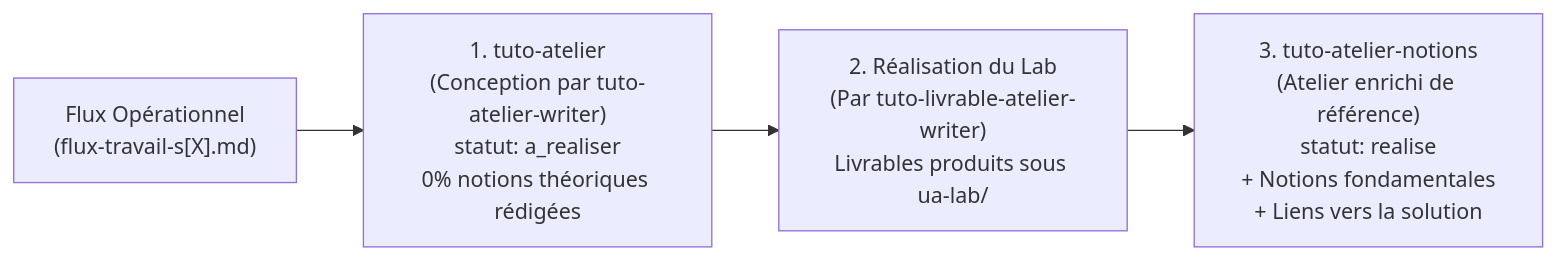
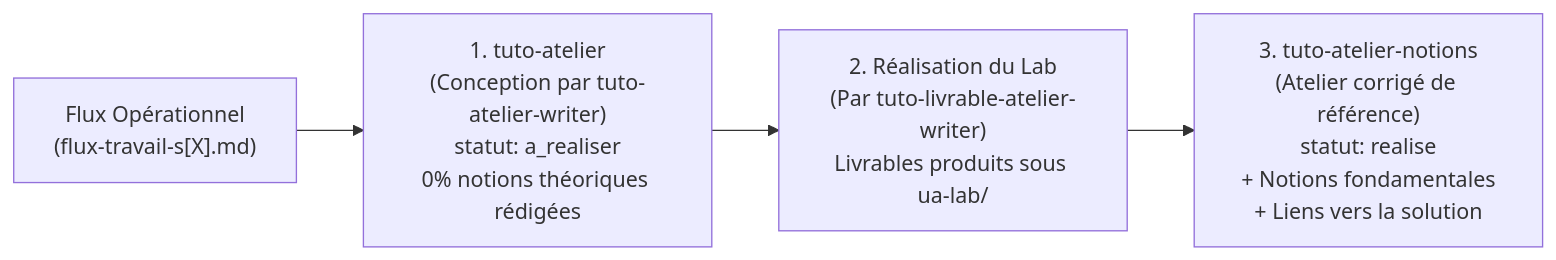
The second of 2 diagrams in .agents/references/maturation-et-typologie-ua-tuto.md (solicode-web-mobile/autoformations-professionaliser), drawn with Mermaid before and after one commit. The commit also changed other lines of this file and 8 other files, not shown here.

````diff
--- a/.agents/references/maturation-et-typologie-ua-tuto.md
+++ b/.agents/references/maturation-et-typologie-ua-tuto.md
@@ -46,6 +46,6 @@
 ```mermaid
 flowchart LR
     A["Flux Opérationnel<br/>(flux-travail-s[X].md)"] --> B["1. tuto-atelier<br/>(Conception par tuto-atelier-writer)<br/>statut: a_realiser<br/>0% notions théoriques rédigées"]
     B --> C["2. Réalisation du Lab<br/>(Par tuto-livrable-atelier-writer)<br/>Livrables produits sous ua-lab/"]
-    C --> D["3. tuto-atelier-notions<br/>(Atelier enrichi de référence)<br/>statut: realise<br/>+ Notions fondamentales<br/>+ Liens vers la solution"]
+    C --> D["3. tuto-atelier-notions<br/>(Atelier corrigé de référence)<br/>statut: realise<br/>+ Notions fondamentales<br/>+ Liens vers la solution"]
 ```
````
